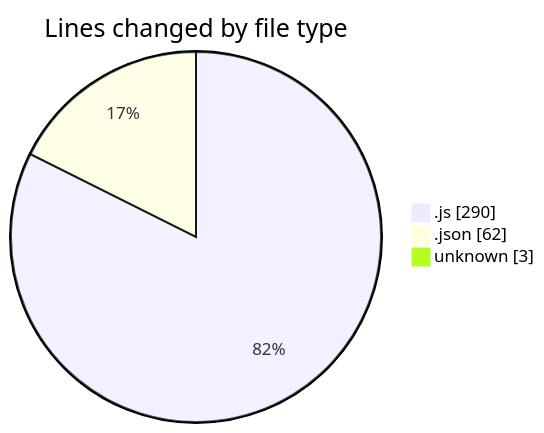
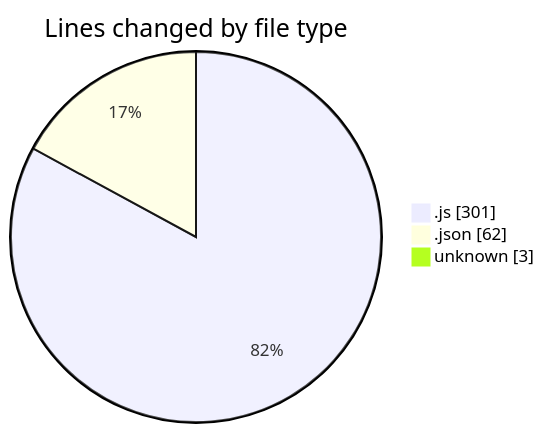
One commit to Ritupan-Deka/code-tracking changed the first of 2 diagrams in 2025-07-02/mern-thinkboard/README.md. Above: the diagram before and after it, drawn with Mermaid. The commit also changed other lines of this file and 1 other file, not shown here.

````diff
--- a/2025-07-02/mern-thinkboard/README.md
+++ b/2025-07-02/mern-thinkboard/README.md
@@ -28,7 +28,7 @@
 ```mermaid
 pie showData
 title Lines changed by file type
-".js" : 290
+".js" : 301
 ".json" : 62
 "unknown" : 3
 ```
````
